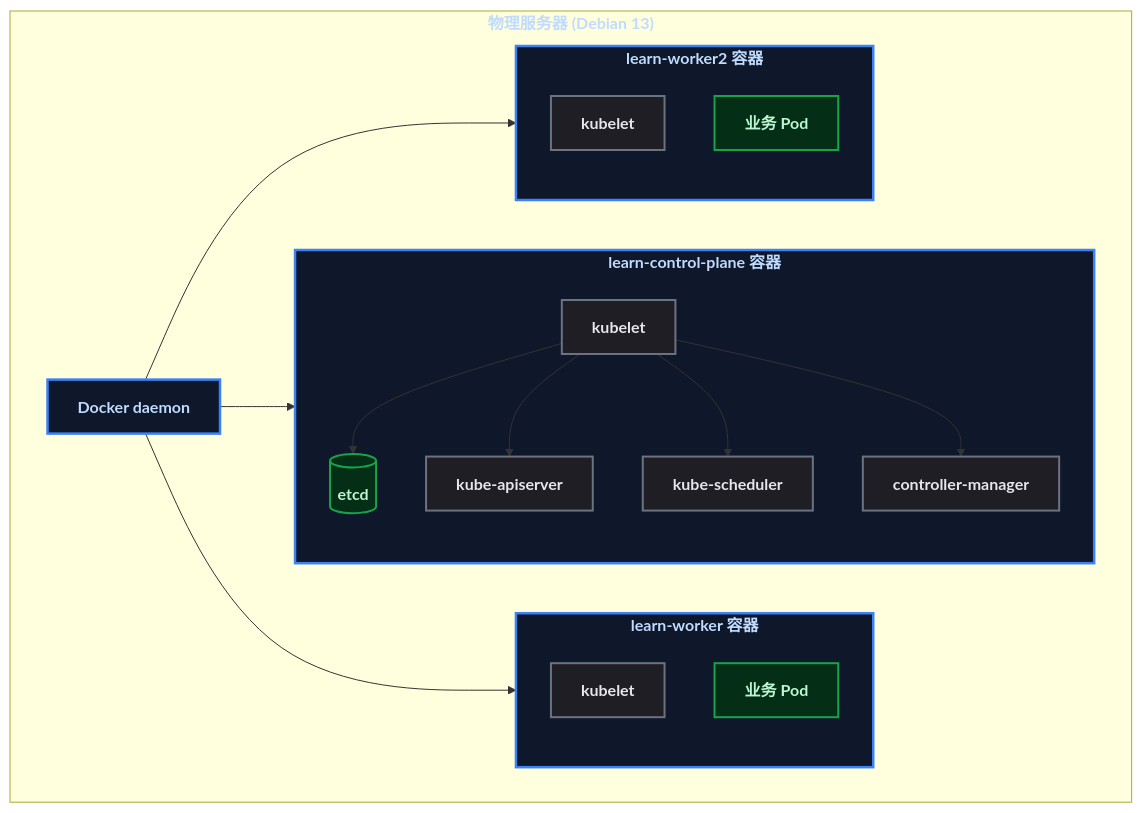
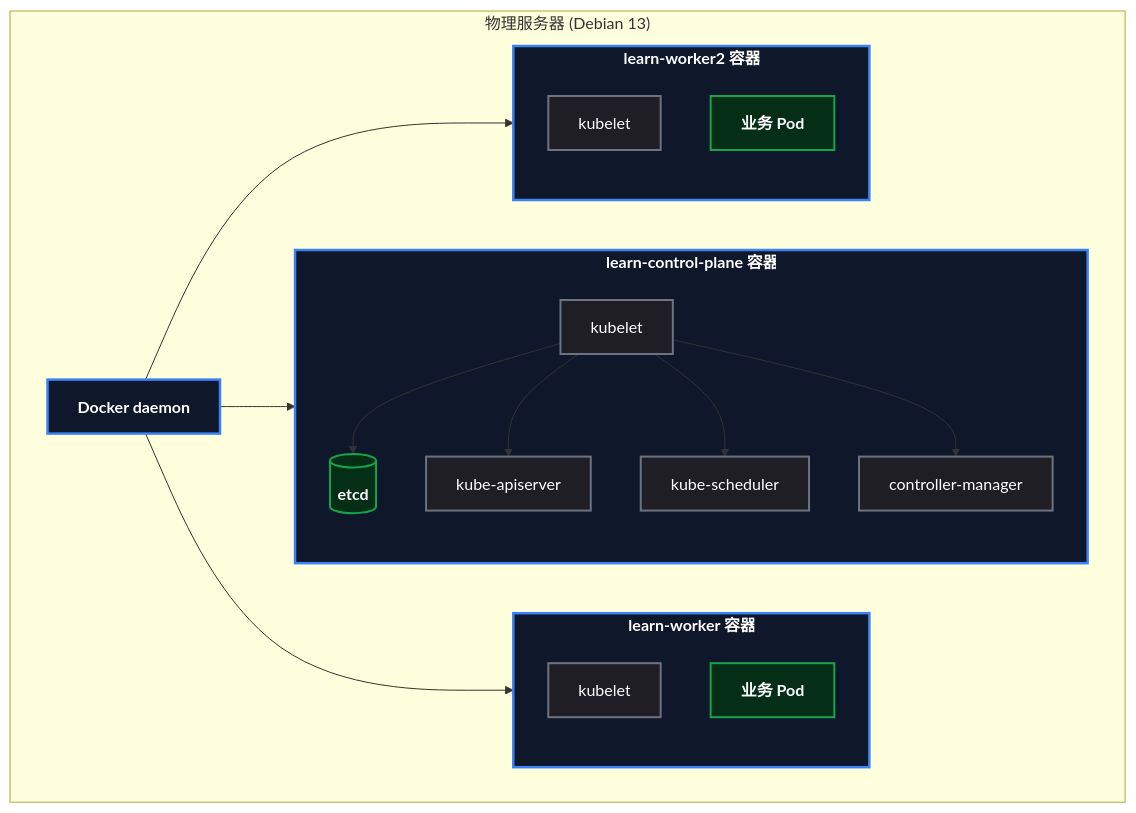
Before and after one commit to yaocat55/yaocat55.github.io: the fourth of 6 diagrams in content/posts/kubernetes/KindLocalK8sClusterSetup.md, drawn with Mermaid. The commit also changed other lines of this file and 27 other files, not shown here.

Commit message:
docs: 全系列 93 张 Mermaid 图 classDef 改为 style 强制深底白字(修复部分渲染器白底浅字)+历史文件格式清理

````diff
--- a/content/posts/kubernetes/KindLocalK8sClusterSetup.md
+++ b/content/posts/kubernetes/KindLocalK8sClusterSetup.md
@@ -384,35 +396,41 @@
 ```mermaid
 flowchart TD
     subgraph HOST["物理服务器 (Debian 13)"]
         DOCKER["Docker daemon"]
         subgraph CP["learn-control-plane 容器"]
             K1["kubelet"]
             E[(etcd)]
             A["kube-apiserver"]
             S["kube-scheduler"]
             M["controller-manager"]
         end
         subgraph W1["learn-worker 容器"]
             K2["kubelet"]
             P1["业务 Pod"]
         end
         subgraph W2["learn-worker2 容器"]
             K3["kubelet"]
             P2["业务 Pod"]
         end
     end
     DOCKER --> CP
     DOCKER --> W1
     DOCKER --> W2
     K1 --> E
     K1 --> A
     K1 --> S
     K1 --> M
-    classDef process fill:#1e1e24,stroke:#6b7280,stroke-width:2px,color:#e5e7eb;
-    classDef root fill:#0f172a,stroke:#3b82f6,stroke-width:2.5px,color:#bfdbfe,font-weight:bold;
-    classDef data fill:#052e16,stroke:#16a34a,stroke-width:2px,color:#bbf7d0,font-weight:bold;
-    class DOCKER,CP,W1,W2 root;
-    class K1,K2,K3 process;
-    class E,P1,P2 data;
-    class A,S,M process;
+    style DOCKER fill:#0f172a,stroke:#3b82f6,stroke-width:2.5px,color:#ffffff,font-weight:bold
+    style CP fill:#0f172a,stroke:#3b82f6,stroke-width:2.5px,color:#ffffff,font-weight:bold
+    style W1 fill:#0f172a,stroke:#3b82f6,stroke-width:2.5px,color:#ffffff,font-weight:bold
+    style W2 fill:#0f172a,stroke:#3b82f6,stroke-width:2.5px,color:#ffffff,font-weight:bold
+    style K1 fill:#1e1e24,stroke:#6b7280,stroke-width:2px,color:#ffffff
+    style K2 fill:#1e1e24,stroke:#6b7280,stroke-width:2px,color:#ffffff
+    style K3 fill:#1e1e24,stroke:#6b7280,stroke-width:2px,color:#ffffff
+    style E fill:#052e16,stroke:#16a34a,stroke-width:2px,color:#ffffff,font-weight:bold
+    style P1 fill:#052e16,stroke:#16a34a,stroke-width:2px,color:#ffffff,font-weight:bold
+    style P2 fill:#052e16,stroke:#16a34a,stroke-width:2px,color:#ffffff,font-weight:bold
+    style A fill:#1e1e24,stroke:#6b7280,stroke-width:2px,color:#ffffff
+    style S fill:#1e1e24,stroke:#6b7280,stroke-width:2px,color:#ffffff
+    style M fill:#1e1e24,stroke:#6b7280,stroke-width:2px,color:#ffffff
 ```
````
